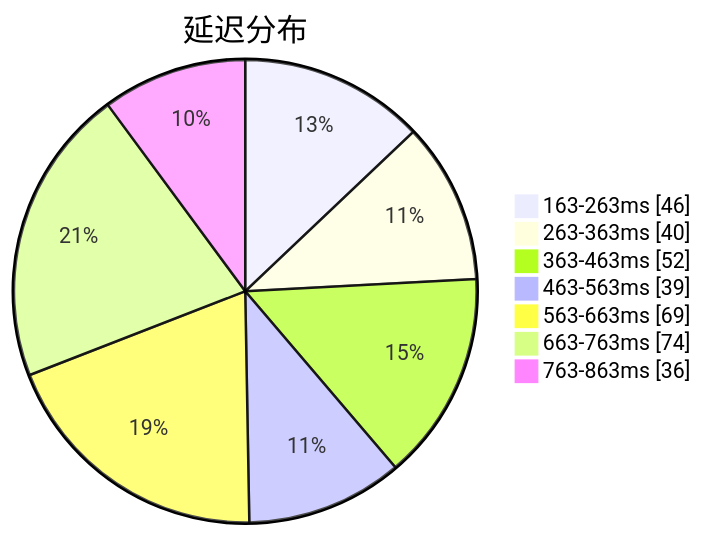
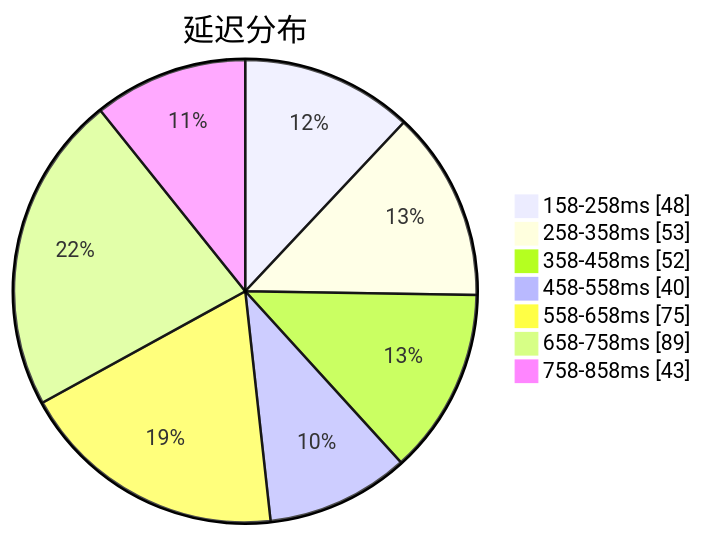
The first of 3 diagrams in subs/statistics/tested_within.md (qjlxg/airport), drawn with Mermaid before and after one commit. The commit also changed other lines of this file and 2 other files, not shown here.

````diff
--- a/subs/statistics/tested_within.md
+++ b/subs/statistics/tested_within.md
@@ -2,11 +2,11 @@
 ```mermaid
 pie showData
 title 延迟分布
-"163-263ms" : 46
-"263-363ms" : 40
-"363-463ms" : 52
-"463-563ms" : 39
-"563-663ms" : 69
-"663-763ms" : 74
-"763-863ms" : 36
+"158-258ms" : 48
+"258-358ms" : 53
+"358-458ms" : 52
+"458-558ms" : 40
+"558-658ms" : 75
+"658-758ms" : 89
+"758-858ms" : 43
 ```
````
